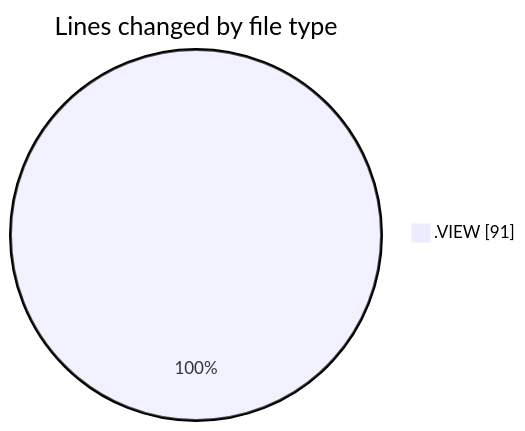
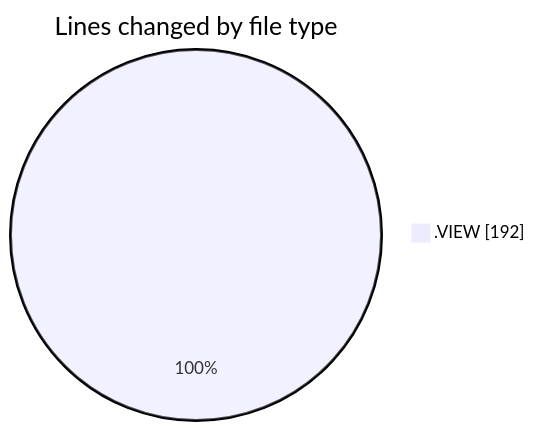
One commit to ricardozamudiocil/code-tracking changed the first of 2 diagrams in 2026-04-21/objetosbd/README.md. Above: the diagram before and after it, drawn with Mermaid. The commit also changed other lines of this file and 1 other file, not shown here.

````diff
--- a/2026-04-21/objetosbd/README.md
+++ b/2026-04-21/objetosbd/README.md
@@ -20,5 +21,5 @@
 ```mermaid
 pie showData
 title Lines changed by file type
-".VIEW" : 91
+".VIEW" : 192
 ```
````
